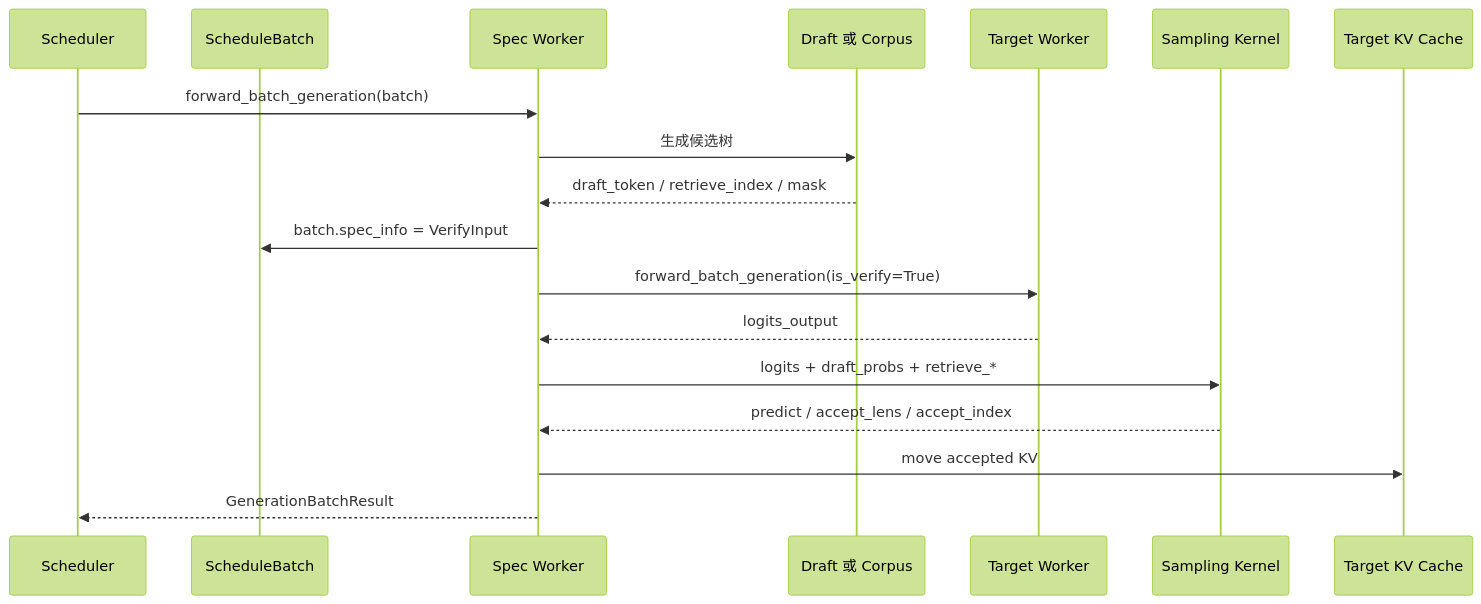
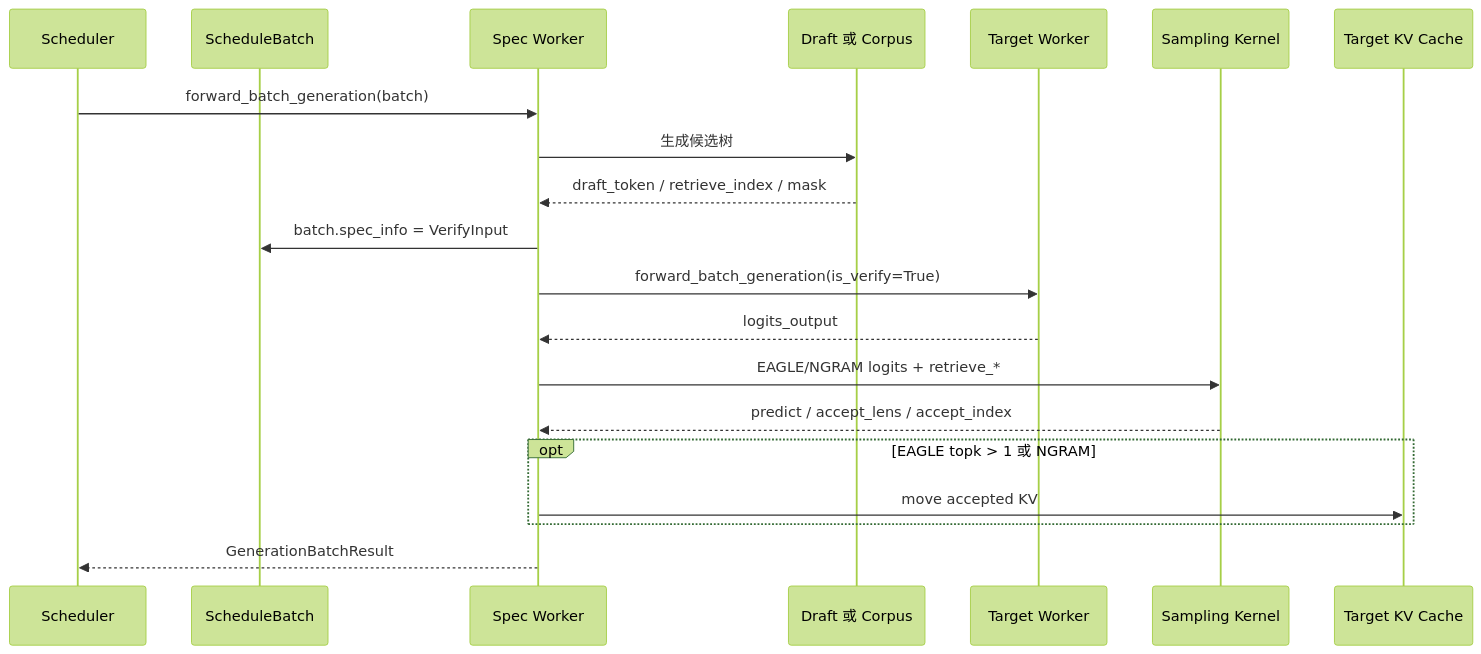
Before and after one commit to OnlyHero5/sglang-reading-vault: the diagram in sglang_reading/高级特性/Speculative/SGLang-Speculative-数据流.md, drawn with Mermaid (forest theme). The commit also changed other lines of this file and 512 other files, not shown here.

````diff
--- a/sglang_reading/高级特性/Speculative/SGLang-Speculative-数据流.md
+++ b/sglang_reading/高级特性/Speculative/SGLang-Speculative-数据流.md
@@ -22,21 +22,23 @@
 ```mermaid
 sequenceDiagram
   participant Sch as Scheduler
   participant Batch as ScheduleBatch
   participant Spec as Spec Worker
   participant Draft as Draft 或 Corpus
   participant Target as Target Worker
   participant Samp as Sampling Kernel
   participant KV as Target KV Cache
 
   Sch->>Spec: forward_batch_generation(batch)
   Spec->>Draft: 生成候选树
   Draft-->>Spec: draft_token / retrieve_index / mask
   Spec->>Batch: batch.spec_info = VerifyInput
   Spec->>Target: forward_batch_generation(is_verify=True)
   Target-->>Spec: logits_output
-  Spec->>Samp: logits + draft_probs + retrieve_*
+  Spec->>Samp: EAGLE/NGRAM logits + retrieve_*
   Samp-->>Spec: predict / accept_lens / accept_index
-  Spec->>KV: move accepted KV
+  opt EAGLE topk > 1 或 NGRAM
+    Spec->>KV: move accepted KV
+  end
   Spec-->>Sch: GenerationBatchResult
 ```
````
